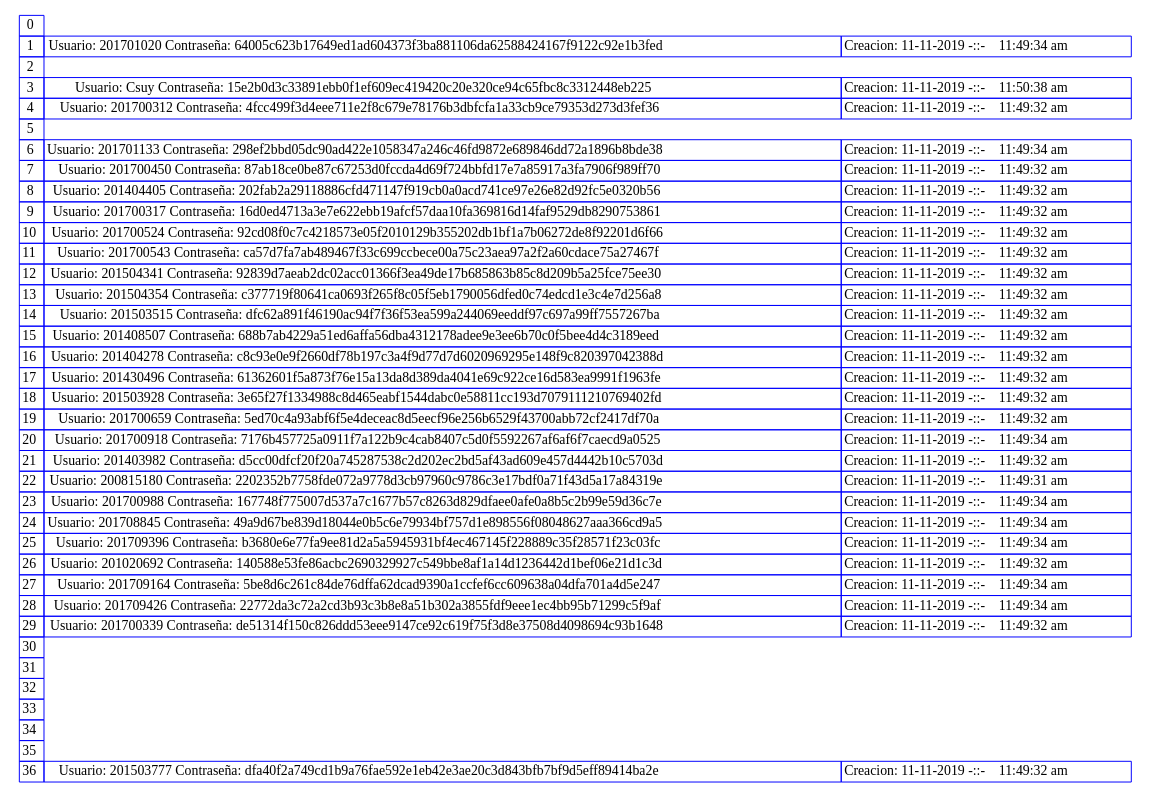
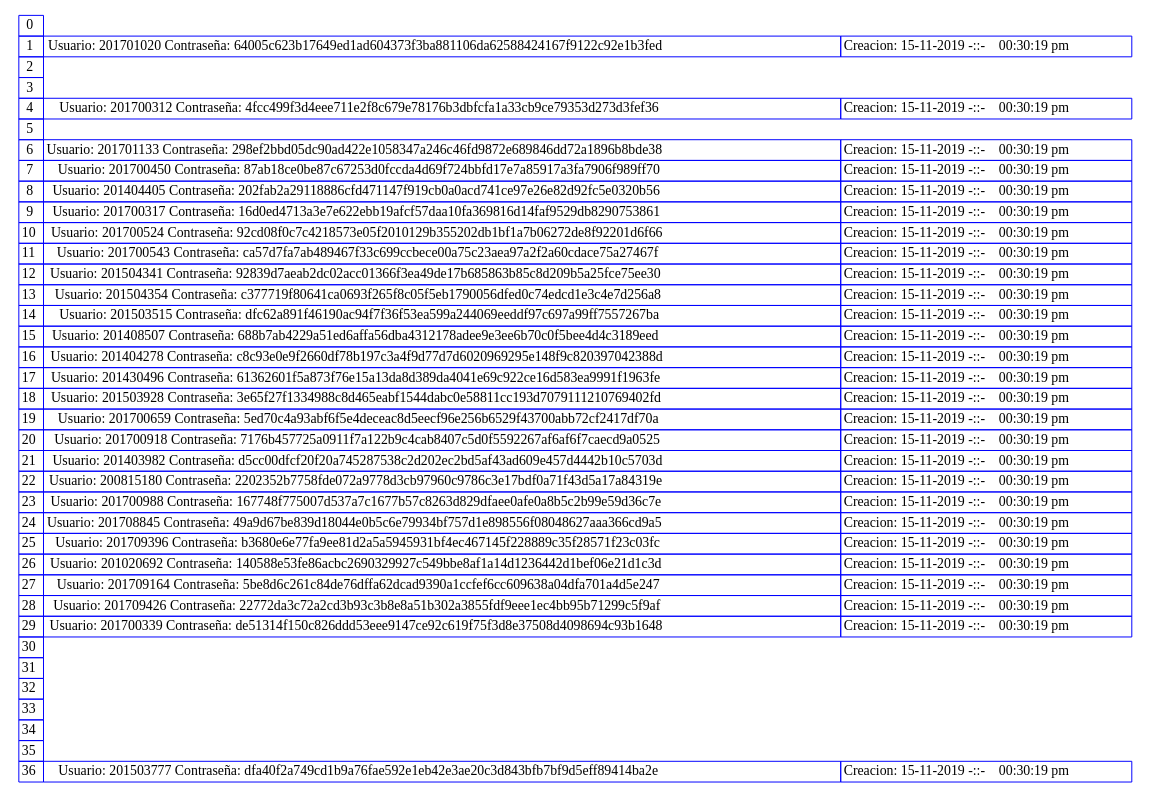
One commit to CSuy/EDD_2S2019_PY2_201700918 changed the diagram in Reportes/TablaHash.dot. Above: the diagram before and after it, drawn with Graphviz. The commit also changed 14 other files, not shown here.

```diff
--- a/Reportes/TablaHash.dot
+++ b/Reportes/TablaHash.dot
@@ -1,46 +1,46 @@
 digraph guia{ 
 tbl [
 shape=plaintext
 label=<
 <table border='0' cellborder='1' color='blue' cellspacing='0'>
 <tr><td>0</td></tr> 
-<tr><td>1</td><td>Usuario: 201701020 Contraseña: 64005c623b17649ed1ad604373f3ba881106da62588424167f9122c92e1b3fed</td><td> Creacion: 11-11-2019 -::-    11:49:34 am</td></tr> 
+<tr><td>1</td><td>Usuario: 201701020 Contraseña: 64005c623b17649ed1ad604373f3ba881106da62588424167f9122c92e1b3fed</td><td> Creacion: 15-11-2019 -::-    00:30:19 pm</td></tr> 
 <tr><td>2</td></tr> 
-<tr><td>3</td><td>Usuario: Csuy Contraseña: 15e2b0d3c33891ebb0f1ef609ec419420c20e320ce94c65fbc8c3312448eb225</td><td> Creacion: 11-11-2019 -::-    11:50:38 am</td></tr> 
-<tr><td>4</td><td>Usuario: 201700312 Contraseña: 4fcc499f3d4eee711e2f8c679e78176b3dbfcfa1a33cb9ce79353d273d3fef36</td><td> Creacion: 11-11-2019 -::-    11:49:32 am</td></tr> 
+<tr><td>3</td></tr> 
+<tr><td>4</td><td>Usuario: 201700312 Contraseña: 4fcc499f3d4eee711e2f8c679e78176b3dbfcfa1a33cb9ce79353d273d3fef36</td><td> Creacion: 15-11-2019 -::-    00:30:19 pm</td></tr> 
 <tr><td>5</td></tr> 
-<tr><td>6</td><td>Usuario: 201701133 Contraseña: 298ef2bbd05dc90ad422e1058347a246c46fd9872e689846dd72a1896b8bde38</td><td> Creacion: 11-11-2019 -::-    11:49:34 am</td></tr> 
-<tr><td>7</td><td>Usuario: 201700450 Contraseña: 87ab18ce0be87c67253d0fccda4d69f724bbfd17e7a85917a3fa7906f989ff70</td><td> Creacion: 11-11-2019 -::-    11:49:32 am</td></tr> 
-<tr><td>8</td><td>Usuario: 201404405 Contraseña: 202fab2a29118886cfd471147f919cb0a0acd741ce97e26e82d92fc5e0320b56</td><td> Creacion: 11-11-2019 -::-    11:49:32 am</td></tr> 
-<tr><td>9</td><td>Usuario: 201700317 Contraseña: 16d0ed4713a3e7e622ebb19afcf57daa10fa369816d14faf9529db8290753861</td><td> Creacion: 11-11-2019 -::-    11:49:32 am</td></tr> 
-<tr><td>10</td><td>Usuario: 201700524 Contraseña: 92cd08f0c7c4218573e05f2010129b355202db1bf1a7b06272de8f92201d6f66</td><td> Creacion: 11-11-2019 -::-    11:49:32 am</td></tr> 
-<tr><td>11</td><td>Usuario: 201700543 Contraseña: ca57d7fa7ab489467f33c699ccbece00a75c23aea97a2f2a60cdace75a27467f</td><td> Creacion: 11-11-2019 -::-    11:49:32 am</td></tr> 
-<tr><td>12</td><td>Usuario: 201504341 Contraseña: 92839d7aeab2dc02acc01366f3ea49de17b685863b85c8d209b5a25fce75ee30</td><td> Creacion: 11-11-2019 -::-    11:49:32 am</td></tr> 
-<tr><td>13</td><td>Usuario: 201504354 Contraseña: c377719f80641ca0693f265f8c05f5eb1790056dfed0c74edcd1e3c4e7d256a8</td><td> Creacion: 11-11-2019 -::-    11:49:32 am</td></tr> 
-<tr><td>14</td><td>Usuario: 201503515 Contraseña: dfc62a891f46190ac94f7f36f53ea599a244069eeddf97c697a99ff7557267ba</td><td> Creacion: 11-11-2019 -::-    11:49:32 am</td></tr> 
-<tr><td>15</td><td>Usuario: 201408507 Contraseña: 688b7ab4229a51ed6affa56dba4312178adee9e3ee6b70c0f5bee4d4c3189eed</td><td> Creacion: 11-11-2019 -::-    11:49:32 am</td></tr> 
-<tr><td>16</td><td>Usuario: 201404278 Contraseña: c8c93e0e9f2660df78b197c3a4f9d77d7d6020969295e148f9c820397042388d</td><td> Creacion: 11-11-2019 -::-    11:49:32 am</td></tr> 
-<tr><td>17</td><td>Usuario: 201430496 Contraseña: 61362601f5a873f76e15a13da8d389da4041e69c922ce16d583ea9991f1963fe</td><td> Creacion: 11-11-2019 -::-    11:49:32 am</td></tr> 
-<tr><td>18</td><td>Usuario: 201503928 Contraseña: 3e65f27f1334988c8d465eabf1544dabc0e58811cc193d7079111210769402fd</td><td> Creacion: 11-11-2019 -::-    11:49:32 am</td></tr> 
-<tr><td>19</td><td>Usuario: 201700659 Contraseña: 5ed70c4a93abf6f5e4deceac8d5eecf96e256b6529f43700abb72cf2417df70a</td><td> Creacion: 11-11-2019 -::-    11:49:32 am</td></tr> 
-<tr><td>20</td><td>Usuario: 201700918 Contraseña: 7176b457725a0911f7a122b9c4cab8407c5d0f5592267af6af6f7caecd9a0525</td><td> Creacion: 11-11-2019 -::-    11:49:34 am</td></tr> 
-<tr><td>21</td><td>Usuario: 201403982 Contraseña: d5cc00dfcf20f20a745287538c2d202ec2bd5af43ad609e457d4442b10c5703d</td><td> Creacion: 11-11-2019 -::-    11:49:32 am</td></tr> 
-<tr><td>22</td><td>Usuario: 200815180 Contraseña: 2202352b7758fde072a9778d3cb97960c9786c3e17bdf0a71f43d5a17a84319e</td><td> Creacion: 11-11-2019 -::-    11:49:31 am</td></tr> 
-<tr><td>23</td><td>Usuario: 201700988 Contraseña: 167748f775007d537a7c1677b57c8263d829dfaee0afe0a8b5c2b99e59d36c7e</td><td> Creacion: 11-11-2019 -::-    11:49:34 am</td></tr> 
-<tr><td>24</td><td>Usuario: 201708845 Contraseña: 49a9d67be839d18044e0b5c6e79934bf757d1e898556f08048627aaa366cd9a5</td><td> Creacion: 11-11-2019 -::-    11:49:34 am</td></tr> 
-<tr><td>25</td><td>Usuario: 201709396 Contraseña: b3680e6e77fa9ee81d2a5a5945931bf4ec467145f228889c35f28571f23c03fc</td><td> Creacion: 11-11-2019 -::-    11:49:34 am</td></tr> 
-<tr><td>26</td><td>Usuario: 201020692 Contraseña: 140588e53fe86acbc2690329927c549bbe8af1a14d1236442d1bef06e21d1c3d</td><td> Creacion: 11-11-2019 -::-    11:49:32 am</td></tr> 
-<tr><td>27</td><td>Usuario: 201709164 Contraseña: 5be8d6c261c84de76dffa62dcad9390a1ccfef6cc609638a04dfa701a4d5e247</td><td> Creacion: 11-11-2019 -::-    11:49:34 am</td></tr> 
-<tr><td>28</td><td>Usuario: 201709426 Contraseña: 22772da3c72a2cd3b93c3b8e8a51b302a3855fdf9eee1ec4bb95b71299c5f9af</td><td> Creacion: 11-11-2019 -::-    11:49:34 am</td></tr> 
-<tr><td>29</td><td>Usuario: 201700339 Contraseña: de51314f150c826ddd53eee9147ce92c619f75f3d8e37508d4098694c93b1648</td><td> Creacion: 11-11-2019 -::-    11:49:32 am</td></tr> 
+<tr><td>6</td><td>Usuario: 201701133 Contraseña: 298ef2bbd05dc90ad422e1058347a246c46fd9872e689846dd72a1896b8bde38</td><td> Creacion: 15-11-2019 -::-    00:30:19 pm</td></tr> 
+<tr><td>7</td><td>Usuario: 201700450 Contraseña: 87ab18ce0be87c67253d0fccda4d69f724bbfd17e7a85917a3fa7906f989ff70</td><td> Creacion: 15-11-2019 -::-    00:30:19 pm</td></tr> 
+<tr><td>8</td><td>Usuario: 201404405 Contraseña: 202fab2a29118886cfd471147f919cb0a0acd741ce97e26e82d92fc5e0320b56</td><td> Creacion: 15-11-2019 -::-    00:30:19 pm</td></tr> 
+<tr><td>9</td><td>Usuario: 201700317 Contraseña: 16d0ed4713a3e7e622ebb19afcf57daa10fa369816d14faf9529db8290753861</td><td> Creacion: 15-11-2019 -::-    00:30:19 pm</td></tr> 
+<tr><td>10</td><td>Usuario: 201700524 Contraseña: 92cd08f0c7c4218573e05f2010129b355202db1bf1a7b06272de8f92201d6f66</td><td> Creacion: 15-11-2019 -::-    00:30:19 pm</td></tr> 
+<tr><td>11</td><td>Usuario: 201700543 Contraseña: ca57d7fa7ab489467f33c699ccbece00a75c23aea97a2f2a60cdace75a27467f</td><td> Creacion: 15-11-2019 -::-    00:30:19 pm</td></tr> 
+<tr><td>12</td><td>Usuario: 201504341 Contraseña: 92839d7aeab2dc02acc01366f3ea49de17b685863b85c8d209b5a25fce75ee30</td><td> Creacion: 15-11-2019 -::-    00:30:19 pm</td></tr> 
+<tr><td>13</td><td>Usuario: 201504354 Contraseña: c377719f80641ca0693f265f8c05f5eb1790056dfed0c74edcd1e3c4e7d256a8</td><td> Creacion: 15-11-2019 -::-    00:30:19 pm</td></tr> 
+<tr><td>14</td><td>Usuario: 201503515 Contraseña: dfc62a891f46190ac94f7f36f53ea599a244069eeddf97c697a99ff7557267ba</td><td> Creacion: 15-11-2019 -::-    00:30:19 pm</td></tr> 
+<tr><td>15</td><td>Usuario: 201408507 Contraseña: 688b7ab4229a51ed6affa56dba4312178adee9e3ee6b70c0f5bee4d4c3189eed</td><td> Creacion: 15-11-2019 -::-    00:30:19 pm</td></tr> 
+<tr><td>16</td><td>Usuario: 201404278 Contraseña: c8c93e0e9f2660df78b197c3a4f9d77d7d6020969295e148f9c820397042388d</td><td> Creacion: 15-11-2019 -::-    00:30:19 pm</td></tr> 
+<tr><td>17</td><td>Usuario: 201430496 Contraseña: 61362601f5a873f76e15a13da8d389da4041e69c922ce16d583ea9991f1963fe</td><td> Creacion: 15-11-2019 -::-    00:30:19 pm</td></tr> 
+<tr><td>18</td><td>Usuario: 201503928 Contraseña: 3e65f27f1334988c8d465eabf1544dabc0e58811cc193d7079111210769402fd</td><td> Creacion: 15-11-2019 -::-    00:30:19 pm</td></tr> 
+<tr><td>19</td><td>Usuario: 201700659 Contraseña: 5ed70c4a93abf6f5e4deceac8d5eecf96e256b6529f43700abb72cf2417df70a</td><td> Creacion: 15-11-2019 -::-    00:30:19 pm</td></tr> 
+<tr><td>20</td><td>Usuario: 201700918 Contraseña: 7176b457725a0911f7a122b9c4cab8407c5d0f5592267af6af6f7caecd9a0525</td><td> Creacion: 15-11-2019 -::-    00:30:19 pm</td></tr> 
+<tr><td>21</td><td>Usuario: 201403982 Contraseña: d5cc00dfcf20f20a745287538c2d202ec2bd5af43ad609e457d4442b10c5703d</td><td> Creacion: 15-11-2019 -::-    00:30:19 pm</td></tr> 
+<tr><td>22</td><td>Usuario: 200815180 Contraseña: 2202352b7758fde072a9778d3cb97960c9786c3e17bdf0a71f43d5a17a84319e</td><td> Creacion: 15-11-2019 -::-    00:30:19 pm</td></tr> 
+<tr><td>23</td><td>Usuario: 201700988 Contraseña: 167748f775007d537a7c1677b57c8263d829dfaee0afe0a8b5c2b99e59d36c7e</td><td> Creacion: 15-11-2019 -::-    00:30:19 pm</td></tr> 
+<tr><td>24</td><td>Usuario: 201708845 Contraseña: 49a9d67be839d18044e0b5c6e79934bf757d1e898556f08048627aaa366cd9a5</td><td> Creacion: 15-11-2019 -::-    00:30:19 pm</td></tr> 
+<tr><td>25</td><td>Usuario: 201709396 Contraseña: b3680e6e77fa9ee81d2a5a5945931bf4ec467145f228889c35f28571f23c03fc</td><td> Creacion: 15-11-2019 -::-    00:30:19 pm</td></tr> 
+<tr><td>26</td><td>Usuario: 201020692 Contraseña: 140588e53fe86acbc2690329927c549bbe8af1a14d1236442d1bef06e21d1c3d</td><td> Creacion: 15-11-2019 -::-    00:30:19 pm</td></tr> 
+<tr><td>27</td><td>Usuario: 201709164 Contraseña: 5be8d6c261c84de76dffa62dcad9390a1ccfef6cc609638a04dfa701a4d5e247</td><td> Creacion: 15-11-2019 -::-    00:30:19 pm</td></tr> 
+<tr><td>28</td><td>Usuario: 201709426 Contraseña: 22772da3c72a2cd3b93c3b8e8a51b302a3855fdf9eee1ec4bb95b71299c5f9af</td><td> Creacion: 15-11-2019 -::-    00:30:19 pm</td></tr> 
+<tr><td>29</td><td>Usuario: 201700339 Contraseña: de51314f150c826ddd53eee9147ce92c619f75f3d8e37508d4098694c93b1648</td><td> Creacion: 15-11-2019 -::-    00:30:19 pm</td></tr> 
 <tr><td>30</td></tr> 
 <tr><td>31</td></tr> 
 <tr><td>32</td></tr> 
 <tr><td>33</td></tr> 
 <tr><td>34</td></tr> 
 <tr><td>35</td></tr> 
-<tr><td>36</td><td>Usuario: 201503777 Contraseña: dfa40f2a749cd1b9a76fae592e1eb42e3ae20c3d843bfb7bf9d5eff89414ba2e</td><td> Creacion: 11-11-2019 -::-    11:49:32 am</td></tr> 
+<tr><td>36</td><td>Usuario: 201503777 Contraseña: dfa40f2a749cd1b9a76fae592e1eb42e3ae20c3d843bfb7bf9d5eff89414ba2e</td><td> Creacion: 15-11-2019 -::-    00:30:19 pm</td></tr> 
 
 </table>
 >];
 }
```
